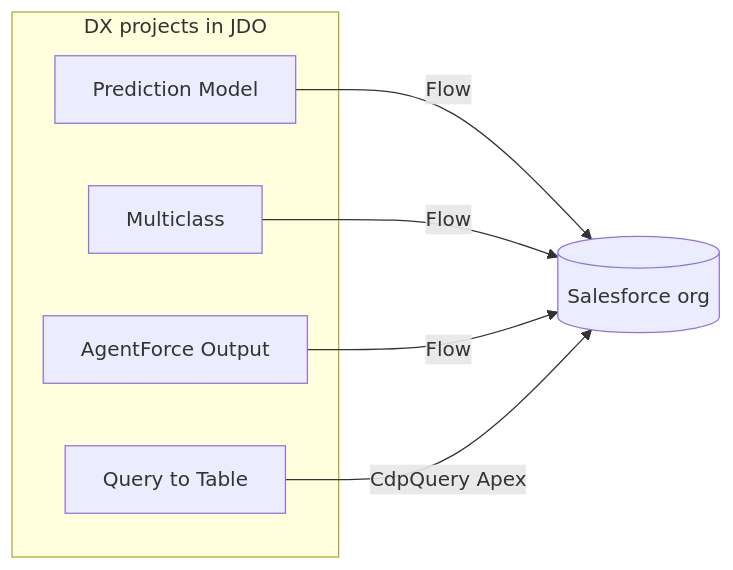
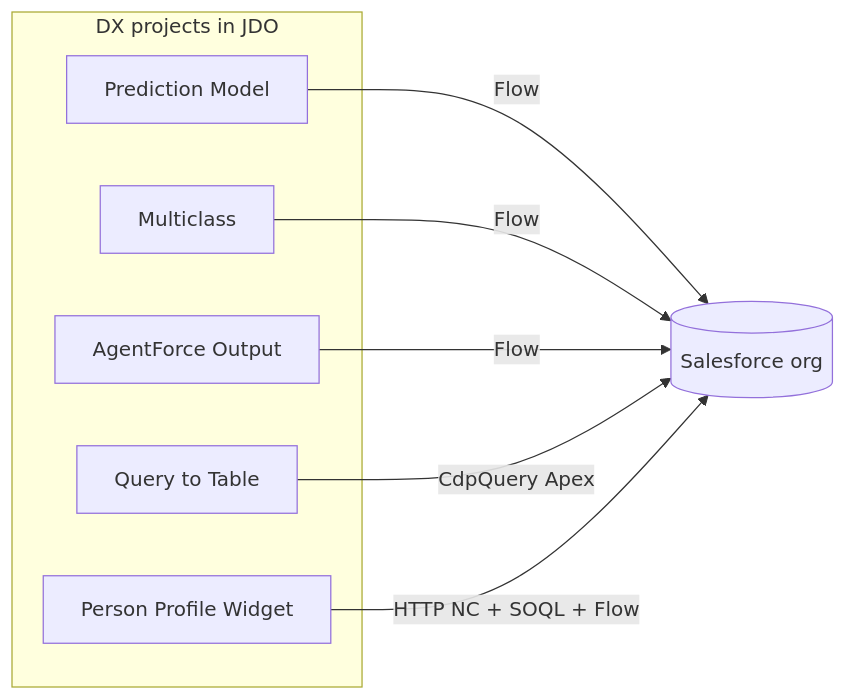
The first of 5 diagrams in docs/DIAGRAMS.md (josers18/JDO), drawn with Mermaid before and after one commit. The commit also changed 26 other files, not shown here.

First line of the commit message:
Add DC_PersonProfileWidget package with docs and monorepo hub updates

````diff
--- a/docs/DIAGRAMS.md
+++ b/docs/DIAGRAMS.md
@@ -7,14 +7,16 @@
 ```mermaid
 flowchart LR
     subgraph dx [DX projects in JDO]
         PM[Prediction Model]
         MC[Multiclass]
         AF[AgentForce Output]
         QT[Query to Table]
+        PP[Person Profile Widget]
     end
     ORG[(Salesforce org)]
     PM -->|Flow| ORG
     MC -->|Flow| ORG
     AF -->|Flow| ORG
     QT -->|CdpQuery Apex| ORG
+    PP -->|HTTP NC + SOQL + Flow| ORG
 ```
````
